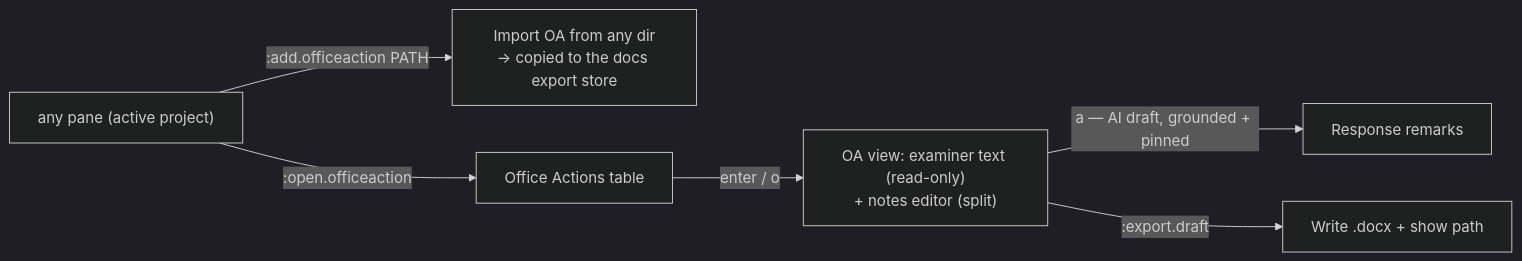
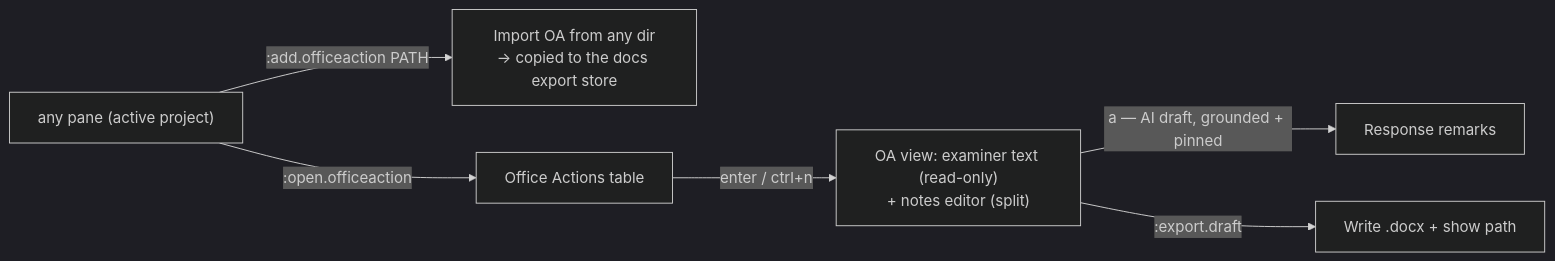
One commit to fjmalass/PatentMine changed the second of 2 diagrams in TUI_OFFICE_ACTION.md. Above: the diagram before and after it, drawn with Mermaid (dark theme). The commit also changed other lines of this file and 9 other files, not shown here.

Commit message:
quickfix: single patent with CtrlQ before enter

````diff
--- a/TUI_OFFICE_ACTION.md
+++ b/TUI_OFFICE_ACTION.md
@@ -255,8 +261,8 @@
 ```mermaid
 flowchart LR
     P["any pane (active project)"] -->|":add.officeaction PATH"| OA["Import OA from any dir\n→ copied to the docs export store"]
     P -->|":open.officeaction"| L["Office Actions table"]
-    L -->|"enter / o"| R["OA view: examiner text (read-only)\n+ notes editor (split)"]
+    L -->|"enter / ctrl+n"| R["OA view: examiner text (read-only)\n+ notes editor (split)"]
     R -->|"a — AI draft, grounded + pinned"| AI["Response remarks"]
     R -->|":export.draft"| DX["Write .docx + show path"]
 ```
````
